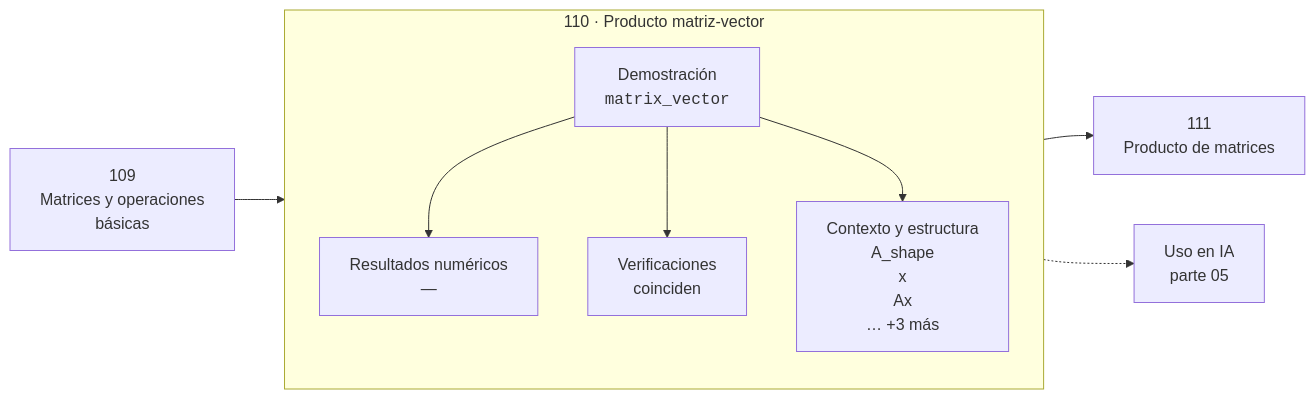
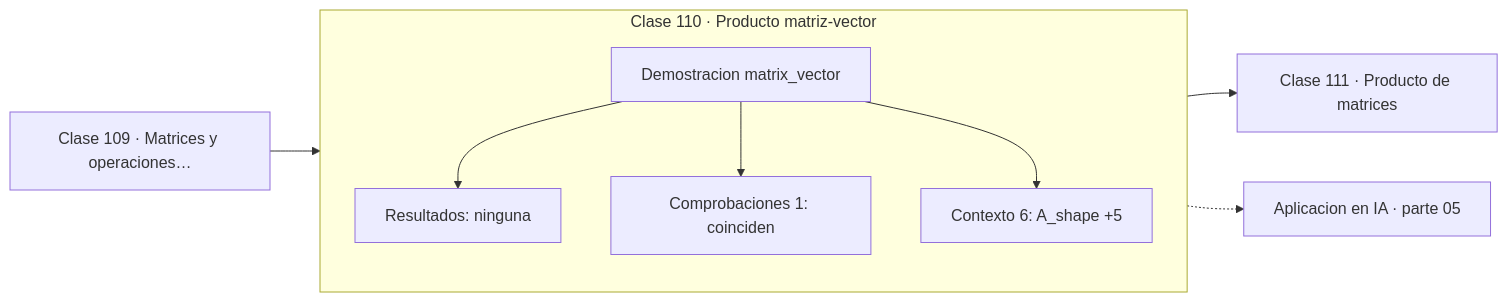
One commit to vladimiracunadev-create/computational-mathematics-program changed the diagram in classes/part-05-algebra-lineal-i-vectores-y-matrices/110-producto-matriz-vector/README.md. Above: the diagram before and after it, drawn with Mermaid. The commit also changed 389 other files, not shown here.

First line of the commit message:
fix(diagramas): elimina el HTML de las etiquetas Mermaid

````diff
--- a/classes/part-05-algebra-lineal-i-vectores-y-matrices/110-producto-matriz-vector/README.md
+++ b/classes/part-05-algebra-lineal-i-vectores-y-matrices/110-producto-matriz-vector/README.md
@@ -30,12 +30,13 @@
 ```mermaid
 flowchart LR
-    P["109<br/>Matrices y operaciones<br/>básicas"] --> C
-    subgraph C["110 · Producto matriz-vector"]
+    P["Clase 109 · Matrices y operaciones…"] --> D
+    subgraph CLASE["Clase 110 · Producto matriz-vector"]
         direction TB
-        D["Demostración<br/><code>matrix_vector</code>"] --> R["Resultados numéricos<br/>—"]
-        D --> V["Verificaciones<br/>coinciden"]
-        D --> O["Contexto y estructura<br/>A_shape<br/>x<br/>Ax<br/>… +3 más"]
+        D["Demostracion matrix_vector"]
+        D --> R["Resultados: ninguna"]
+        D --> V["Comprobaciones 1: coinciden"]
+        D --> O["Contexto 6: A_shape +5"]
     end
-    C --> N["111<br/>Producto de matrices"]
-    C -.-> IA["Uso en IA<br/>parte 05"]
+    R --> N["Clase 111 · Producto de matrices"]
+    V -.-> IA["Aplicacion en IA · parte 05"]
 ```
````
